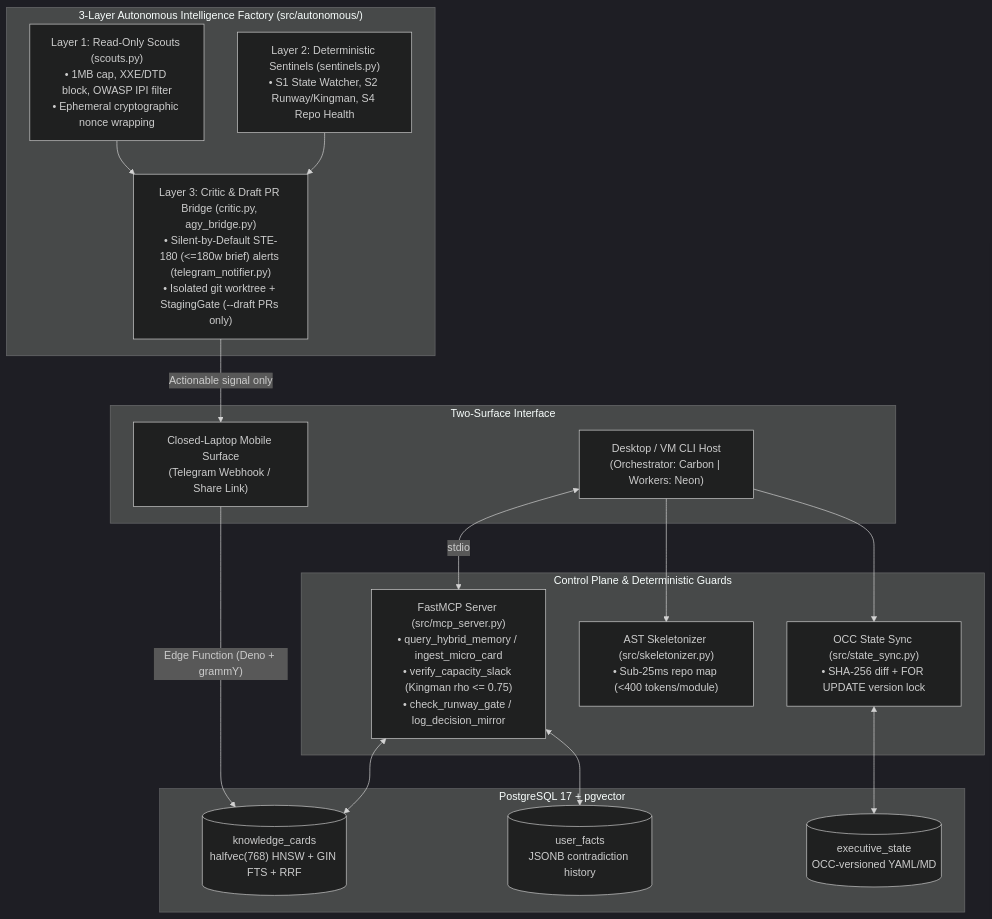
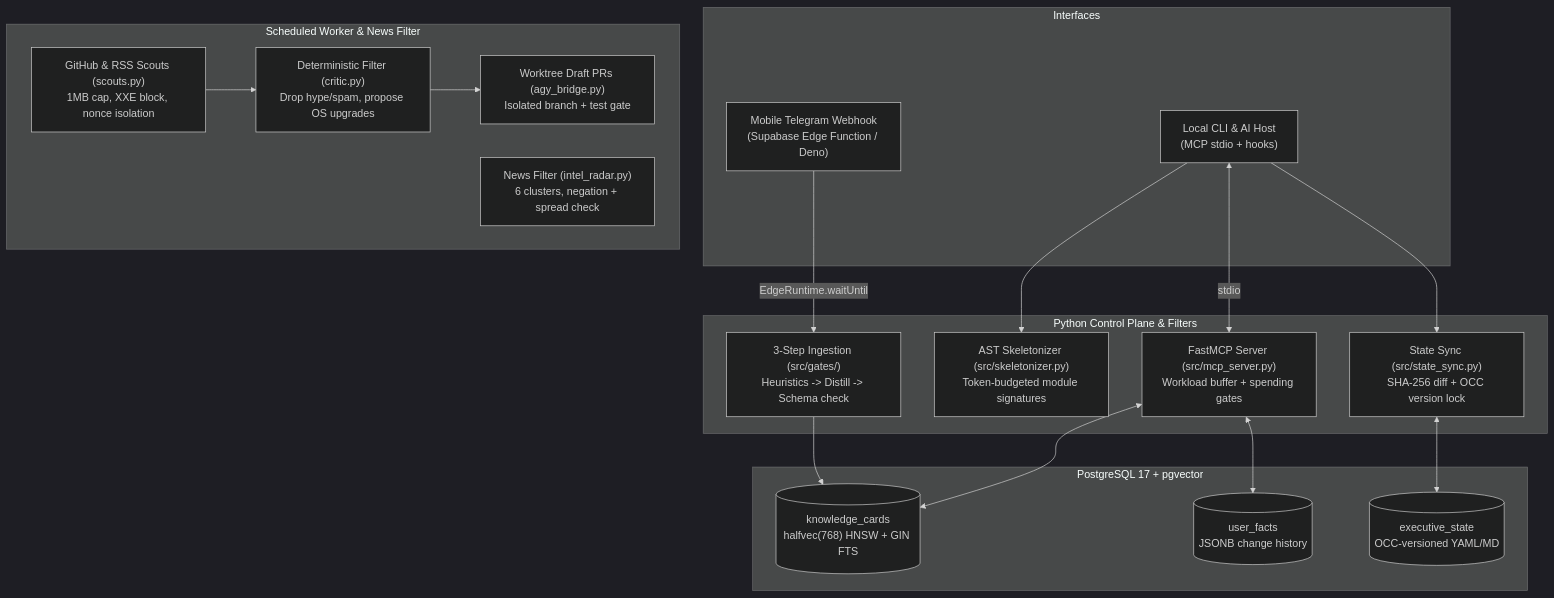
The diagram in docs/ARCHITECTURE.md (Giorgoskokk06/personal-os-starter), drawn with Mermaid (dark theme) before and after one commit. The commit also changed other lines of this file and 43 other files, not shown here.

Commit message:
feat: add GitHub repo scout, systemd timers, macro signal filter, 3-step gates, and Deno webhook

````diff
--- a/docs/ARCHITECTURE.md
+++ b/docs/ARCHITECTURE.md
@@ -5,36 +5,38 @@
 ```mermaid
 flowchart TB
-    subgraph Surfaces["Two-Surface Interface"]
-        CLI["Desktop / VM CLI Host\n(Orchestrator: Carbon | Workers: Neon)"]
-        Mobile["Closed-Laptop Mobile Surface\n(Telegram Webhook / Share Link)"]
+    subgraph Surfaces["Interfaces"]
+        CLI["Local CLI & AI Host\n(MCP stdio + hooks)"]
+        TG["Mobile Telegram Webhook\n(Supabase Edge Function / Deno)"]
     end
 
-    subgraph Control["Control Plane & Deterministic Guards"]
-        MCP["FastMCP Server (src/mcp_server.py)\n• query_hybrid_memory / ingest_micro_card\n• verify_capacity_slack (Kingman rho <= 0.75)\n• check_runway_gate / log_decision_mirror"]
-        Skel["AST Skeletonizer (src/skeletonizer.py)\n• Sub-25ms repo map (<400 tokens/module)"]
-        Sync["OCC State Sync (src/state_sync.py)\n• SHA-256 diff + FOR UPDATE version lock"]
+    subgraph Control["Python Control Plane & Filters"]
+        MCP["FastMCP Server (src/mcp_server.py)\nWorkload buffer + spending gates"]
+        SKEL["AST Skeletonizer (src/skeletonizer.py)\nToken-budgeted module signatures"]
+        SYNC["State Sync (src/state_sync.py)\nSHA-256 diff + OCC version lock"]
+        GATES["3-Step Ingestion (src/gates/)\nHeuristics -> Distill -> Schema check"]
     end
 
-    subgraph Autonomous["3-Layer Autonomous Intelligence Factory (src/autonomous/)"]
-        Scouts["Layer 1: Read-Only Scouts (scouts.py)\n• 1MB cap, XXE/DTD block, OWASP IPI filter\n• Ephemeral cryptographic nonce wrapping"]
-        Sentinels["Layer 2: Deterministic Sentinels (sentinels.py)\n• S1 State Watcher, S2 Runway/Kingman, S4 Repo Health"]
-        Critic["Layer 3: Critic & Draft PR Bridge (critic.py, agy_bridge.py)\n• Silent-by-Default STE-180 (<=180w brief) alerts (telegram_notifier.py)\n• Isolated git worktree + StagingGate (--draft PRs only)"]
+    subgraph Worker["Scheduled Worker & News Filter"]
+        SCOUT["GitHub & RSS Scouts (scouts.py)\n1MB cap, XXE block, nonce isolation"]
+        CRITIC["Deterministic Filter (critic.py)\nDrop hype/spam, propose OS upgrades"]
+        PR["Worktree Draft PRs (agy_bridge.py)\nIsolated branch + test gate"]
+        RADAR["News Filter (intel_radar.py)\n6 clusters, negation + spread check"]
     end
 
     subgraph Storage["PostgreSQL 17 + pgvector"]
-        Cards[("knowledge_cards\nhalfvec(768) HNSW + GIN FTS + RRF")]
-        Facts[("user_facts\nJSONB contradiction history")]
-        Exec[("executive_state\nOCC-versioned YAML/MD")]
+        CARDS[("knowledge_cards\nhalfvec(768) HNSW + GIN FTS")]
+        FACTS[("user_facts\nJSONB change history")]
+        EXEC[("executive_state\nOCC-versioned YAML/MD")]
     end
 
     CLI <-->|"stdio"| MCP
-    CLI --> Skel
-    CLI --> Sync
-    Mobile -->|"Edge Function (Deno + grammY)"| Cards
-    MCP <--> Cards
-    MCP <--> Facts
-    Sync <--> Exec
-    Scouts --> Critic
-    Sentinels --> Critic
-    Critic -->|"Actionable signal only"| Mobile
+    CLI --> SKEL
+    CLI --> SYNC
+    TG -->|"EdgeRuntime.waitUntil"| GATES
+    GATES --> CARDS
+    MCP <--> CARDS
+    MCP <--> FACTS
+    SYNC <--> EXEC
+    SCOUT --> CRITIC
+    CRITIC --> PR
 ```
````
